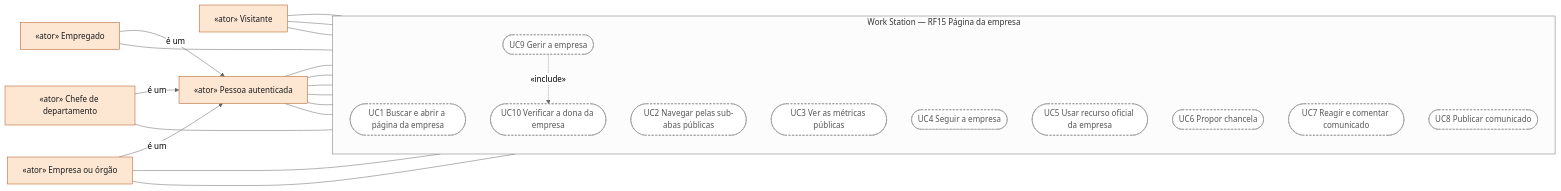
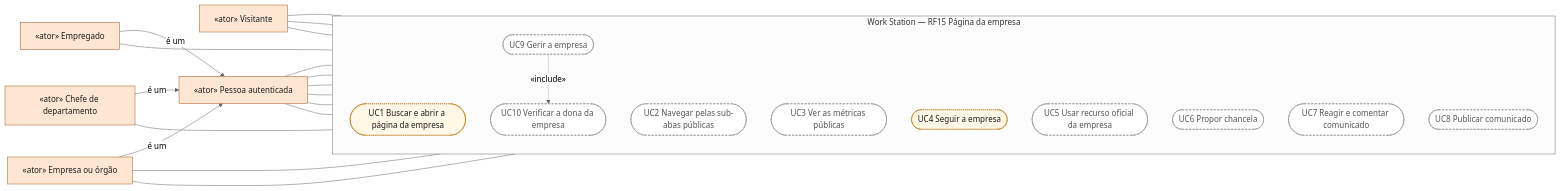
One commit to MatheusHaliski/Decia-app-2026 changed the first of 6 diagrams in docs/diagramas/RF15/README.md. Above: the diagram before and after it, drawn with Mermaid (neutral theme). The commit also changed 13 other files, not shown here.

First line of the commit message:
docs(diagramas): classe ucDemo para casos de uso que só funcionam com dados de demonstração

````diff
--- a/docs/diagramas/RF15/README.md
+++ b/docs/diagramas/RF15/README.md
@@ -26,42 +26,43 @@
 ```mermaid
 flowchart LR
   classDef ator fill:#fde7d3,stroke:#b4531a,color:#1b1b1b
   classDef atorSis fill:#f1ecf9,stroke:#6a4bb3,color:#1b1b1b
   classDef uc fill:#ffffff,stroke:#3557a6,color:#1b1b1b
   classDef ucPlan fill:#ffffff,stroke:#8a8a8a,stroke-dasharray:4 3,color:#555555
+  classDef ucDemo fill:#fff8e6,stroke:#b26a00,stroke-dasharray:2 2,color:#1b1b1b
   visitante["«ator» Visitante"]:::ator
   autenticado["«ator» Pessoa autenticada"]:::ator
   empregado["«ator» Empregado"]:::ator
   chefe["«ator» Chefe de departamento"]:::ator
   empresa["«ator» Empresa ou órgão"]:::ator
   subgraph SIS["Work Station — RF15 Página da empresa"]
     direction TB
-    UC1(["UC1 Buscar e abrir a página da empresa"]):::ucPlan
+    UC1(["UC1 Buscar e abrir a página da empresa"]):::ucDemo
     UC2(["UC2 Navegar pelas sub-abas públicas"]):::ucPlan
     UC3(["UC3 Ver as métricas públicas"]):::ucPlan
-    UC4(["UC4 Seguir a empresa"]):::ucPlan
+    UC4(["UC4 Seguir a empresa"]):::ucDemo
     UC5(["UC5 Usar recurso oficial da empresa"]):::ucPlan
     UC6(["UC6 Propor chancela"]):::ucPlan
     UC7(["UC7 Reagir e comentar comunicado"]):::ucPlan
     UC8(["UC8 Publicar comunicado"]):::ucPlan
     UC9(["UC9 Gerir a empresa"]):::ucPlan
     UC10(["UC10 Verificar a dona da empresa"]):::ucPlan
   end
   empregado -- "é um" --> autenticado
   chefe -- "é um" --> autenticado
   empresa -- "é um" --> autenticado
   visitante --- UC1
   visitante --- UC2
   visitante --- UC3
   autenticado --- UC1
   autenticado --- UC2
   autenticado --- UC3
   autenticado --- UC4
   autenticado --- UC5
   autenticado --- UC7
   empregado --- UC6
   chefe --- UC8
   empresa --- UC8
   empresa --- UC9
   UC9 -. "«include»" .-> UC10
 ```
````
